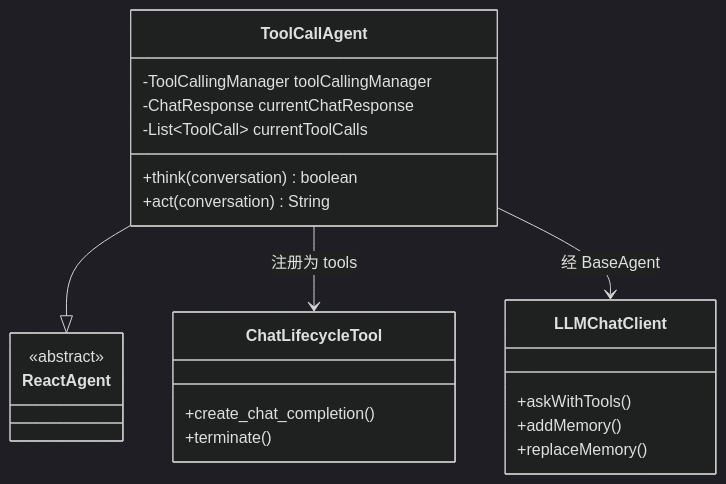
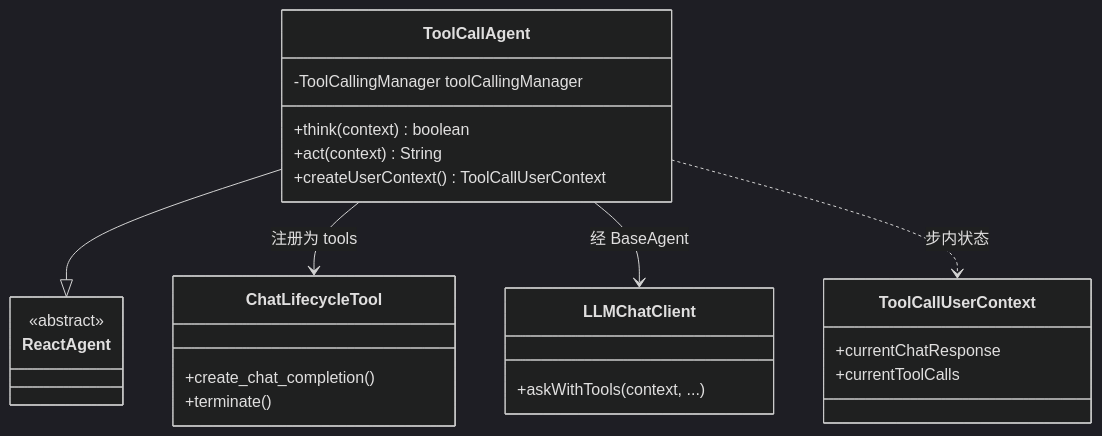
The seventh of 14 diagrams in core/docs/AGENT-FLOW.md (jixie-wish/Janus), drawn with Mermaid (dark theme) before and after one commit. The commit also changed other lines of this file and 24 other files, not shown here.

Commit message:
introduce user context

````diff
--- a/core/docs/AGENT-FLOW.md
+++ b/core/docs/AGENT-FLOW.md
@@ -141,26 +298,28 @@
 ```mermaid
 classDiagram
     class ReactAgent {
         <<abstract>>
     }
     class ToolCallAgent {
         -ToolCallingManager toolCallingManager
-        -ChatResponse currentChatResponse
-        -List~ToolCall~ currentToolCalls
-        +think(conversation) boolean
-        +act(conversation) String
+        +think(context) boolean
+        +act(context) String
+        +createUserContext() ToolCallUserContext
+    }
+    class ToolCallUserContext {
+        +currentChatResponse
+        +currentToolCalls
     }
     class ChatLifecycleTool {
         +create_chat_completion()
         +terminate()
     }
     class LLMChatClient {
-        +askWithTools()
-        +addMemory()
-        +replaceMemory()
+        +askWithTools(context, ...)
     }
 
     ToolCallAgent --|> ReactAgent
     ToolCallAgent --> ChatLifecycleTool : 注册为 tools
     ToolCallAgent --> LLMChatClient : 经 BaseAgent
+    ToolCallAgent ..> ToolCallUserContext : 步内状态
 ```
````
